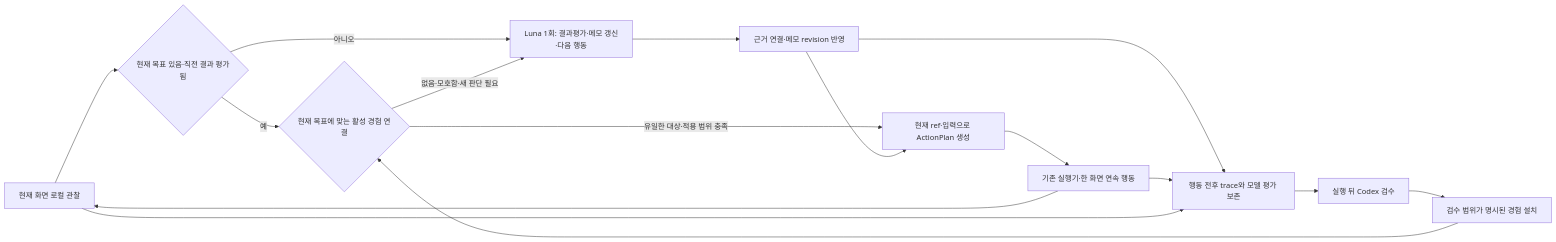
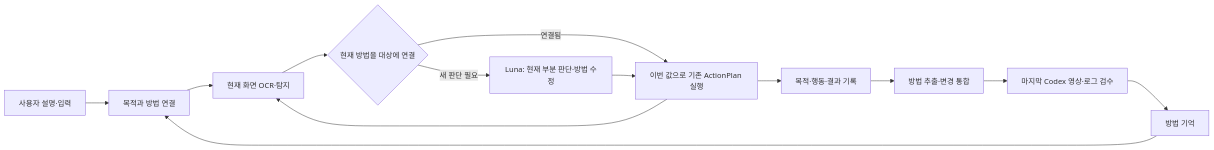
Before and after one commit to Dreamtreeme/agent-sawon: the diagram in docs/experience-runtime-repair-plan-20261003.md, drawn with Mermaid. The commit also changed other lines of this file and 2 other files, not shown here.

````diff
--- a/docs/experience-runtime-repair-plan-20261003.md
+++ b/docs/experience-runtime-repair-plan-20261003.md
@@ -67,18 +108,15 @@
 ```mermaid
 flowchart LR
-    O[현재 화면 로컬 관찰] --> Q{현재 목표 있음·직전 결과 평가됨}
-    Q -->|예| K{현재 목표에 맞는 활성 경험 연결}
-    Q -->|아니오| M[Luna 1회: 결과평가·메모 갱신·다음 행동]
-    K -->|유일한 대상·적용 범위 충족| A[현재 ref·입력으로 ActionPlan 생성]
-    K -->|없음·모호함·새 판단 필요| M
-    M --> R[근거 연결·메모 revision 반영]
-    R --> A
-    A --> E[기존 실행기·한 화면 연속 행동]
-    E --> O
-    R --> T[행동 전후 trace와 모델 평가 보존]
-    E --> T
-    O --> T
-    T --> C[실행 뒤 Codex 검수]
-    C --> S[검수 범위가 명시된 경험 설치]
-    S --> K
+    U[사용자 설명·입력] --> P[목적과 방법 연결]
+    K[방법 기억] --> P
+    P --> O[현재 화면 OCR·탐지]
+    O --> B{현재 방법을 대상에 연결}
+    B -->|연결됨| A[이번 값으로 기존 ActionPlan 실행]
+    B -->|새 판단 필요| M[Luna: 현재 부분 판단·방법 수정]
+    M --> A
+    A --> O
+    A --> T[목적·행동·결과 기록]
+    T --> L[방법 추출·변경 통합]
+    L --> R[마지막 Codex 영상·로그 검수]
+    R --> K
 ```
````
